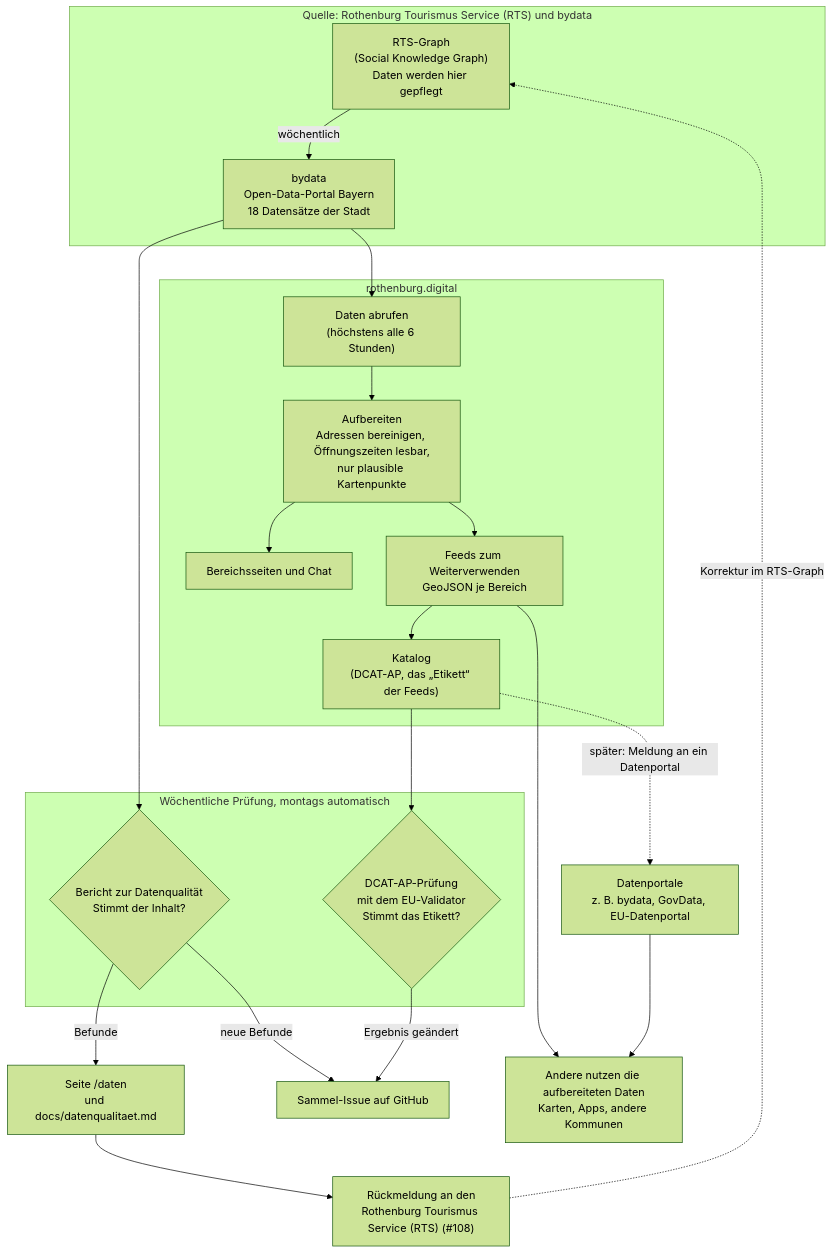
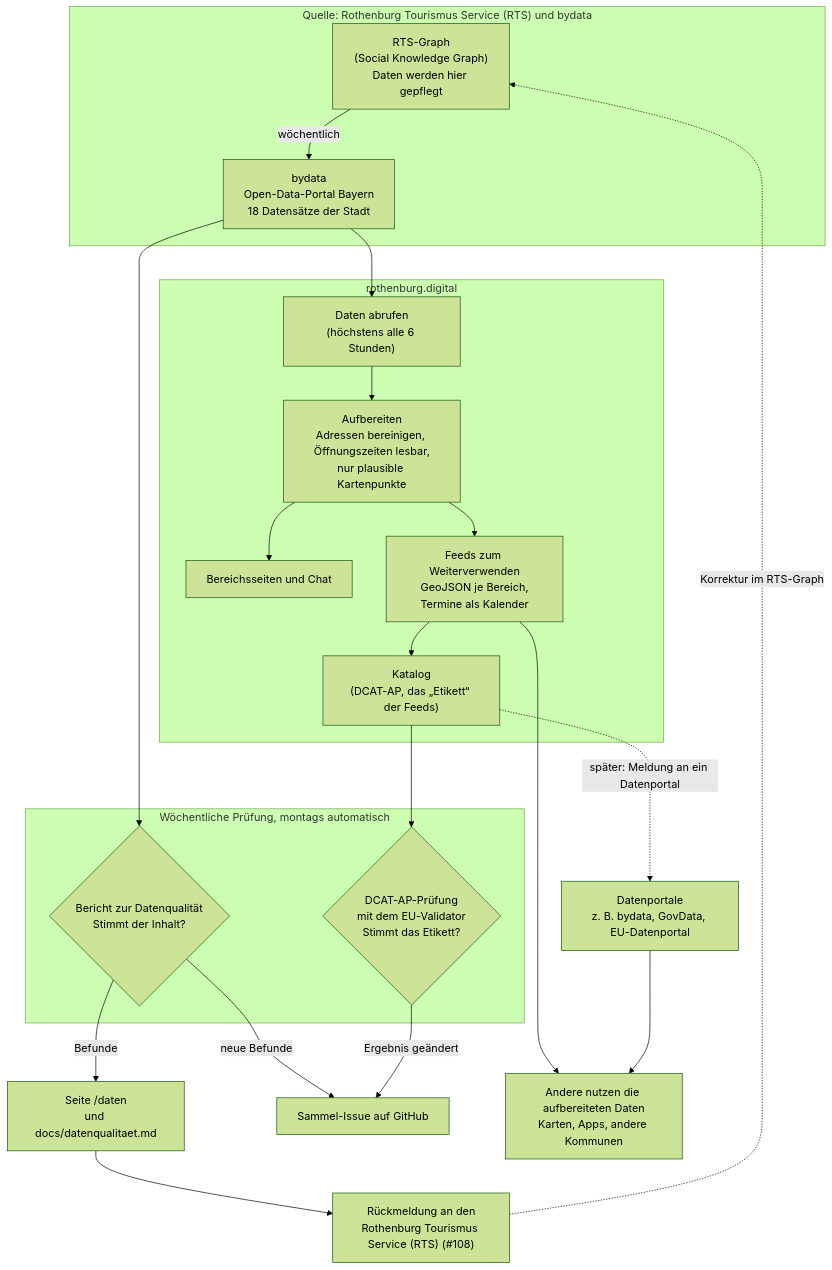
The diagram in docs/datenfluss.md (alexschnapper/rothenburg-digital), drawn with Mermaid (forest theme) before and after one commit. The commit also changed 17 other files, not shown here.

First line of the commit message:
feat(opendata): Termine aus den offenen Daten als Kalender und GeoJSON (#36)

````diff
--- a/docs/datenfluss.md
+++ b/docs/datenfluss.md
@@ -19,39 +19,39 @@
 ```mermaid
 flowchart TD
     subgraph Quelle["Quelle: Rothenburg Tourismus Service (RTS) und bydata"]
         GRAPH["RTS-Graph<br/>(Social Knowledge Graph)<br/>Daten werden hier gepflegt"]
         BY["bydata<br/>Open-Data-Portal Bayern<br/>18 Datensätze der Stadt"]
         GRAPH -- "wöchentlich" --> BY
     end
 
     subgraph RD["rothenburg.digital"]
         LADEN["Daten abrufen<br/>(höchstens alle 6 Stunden)"]
         AUF["Aufbereiten<br/>Adressen bereinigen, Öffnungszeiten lesbar,<br/>nur plausible Kartenpunkte"]
         SEITEN["Bereichsseiten und Chat"]
-        FEEDS["Feeds zum Weiterverwenden<br/>GeoJSON je Bereich"]
+        FEEDS["Feeds zum Weiterverwenden<br/>GeoJSON je Bereich,<br/>Termine als Kalender"]
         KAT["Katalog<br/>(DCAT-AP, das „Etikett“ der Feeds)"]
         LADEN --> AUF
         AUF --> SEITEN
         AUF --> FEEDS
         FEEDS --> KAT
     end
 
     subgraph Pruefung["Wöchentliche Prüfung, montags automatisch"]
         DQ{"Bericht zur Datenqualität<br/>Stimmt der Inhalt?"}
         DCAT{"DCAT-AP-Prüfung<br/>mit dem EU-Validator<br/>Stimmt das Etikett?"}
     end
 
     BY --> LADEN
     BY --> DQ
     KAT --> DCAT
 
     DQ -- "Befunde" --> DATEN["Seite /daten<br/>und docs/datenqualitaet.md"]
     DQ -- "neue Befunde" --> ISSUE["Sammel-Issue auf GitHub"]
     DCAT -- "Ergebnis geändert" --> ISSUE
     DATEN --> RUECK["Rückmeldung an den<br/>Rothenburg Tourismus Service (RTS) (#108)"]
     RUECK -. "Korrektur im RTS-Graph" .-> GRAPH
 
     KAT -. "später: Meldung an ein Datenportal" .-> PORTAL["Datenportale<br/>z. B. bydata, GovData, EU-Datenportal"]
     FEEDS --> NUTZ["Andere nutzen die aufbereiteten Daten<br/>Karten, Apps, andere Kommunen"]
     PORTAL --> NUTZ
 ```
````
